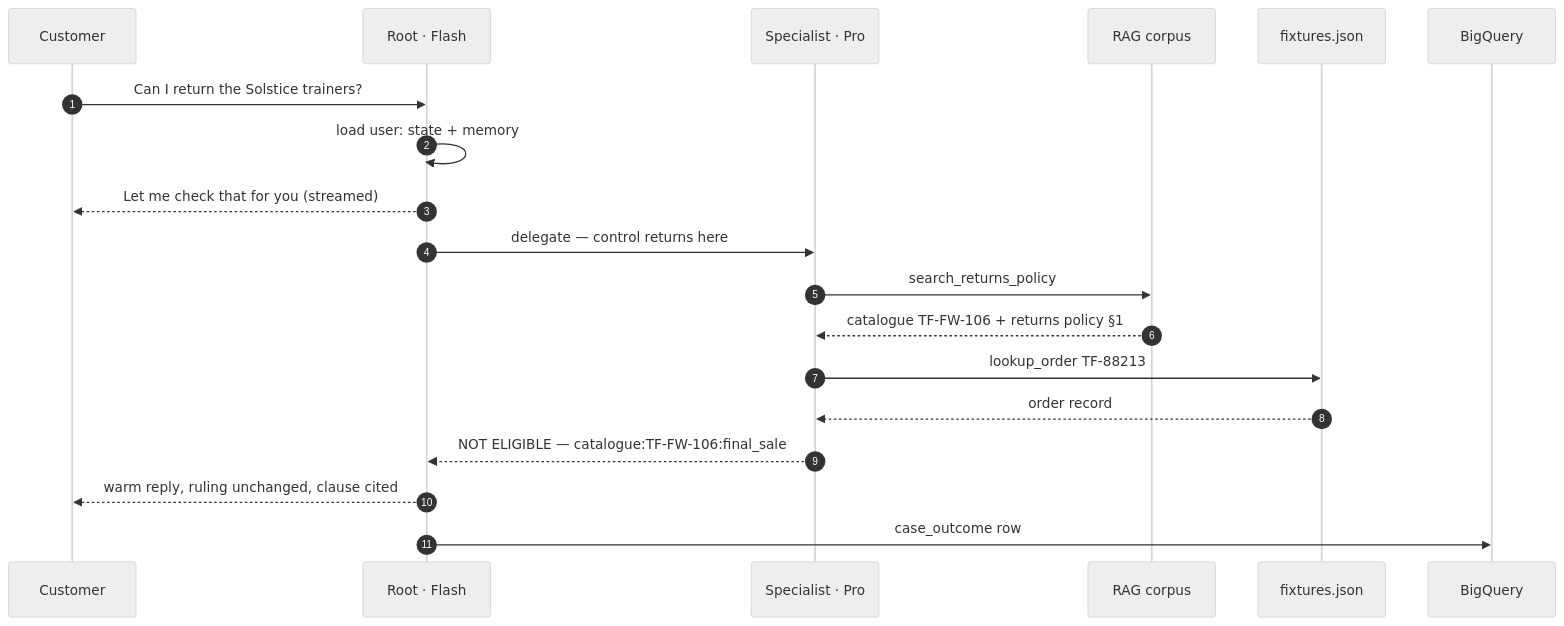
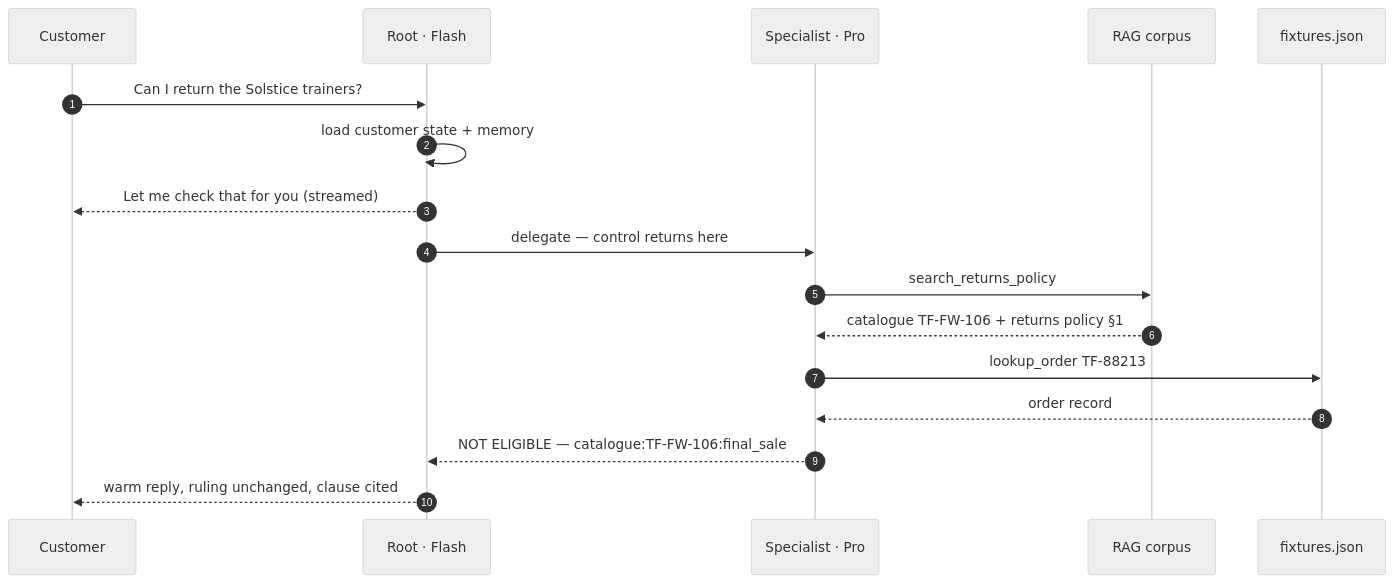
Before and after one commit to abanerjee23/tarnfield-care: the second of 2 diagrams in BUILD_PLAN.md, drawn with Mermaid (neutral theme). The commit also changed other lines of this file and 2 other files, not shown here.

````diff
--- a/BUILD_PLAN.md
+++ b/BUILD_PLAN.md
@@ -878,22 +730,20 @@
 ```mermaid
 sequenceDiagram
     autonumber
     participant C as Customer
     participant R as Root · Flash
     participant S as Specialist · Pro
     participant K as RAG corpus
     participant F as fixtures.json
-    participant B as BigQuery
 
     C->>R: Can I return the Solstice trainers?
-    R->>R: load user: state + memory
+    R->>R: load customer state + memory
     R-->>C: Let me check that for you (streamed)
     R->>S: delegate — control returns here
     S->>K: search_returns_policy
     K-->>S: catalogue TF-FW-106 + returns policy §1
     S->>F: lookup_order TF-88213
     F-->>S: order record
     S-->>R: NOT ELIGIBLE — catalogue:TF-FW-106:final_sale
     R-->>C: warm reply, ruling unchanged, clause cited
-    R->>B: case_outcome row
 ```
````
